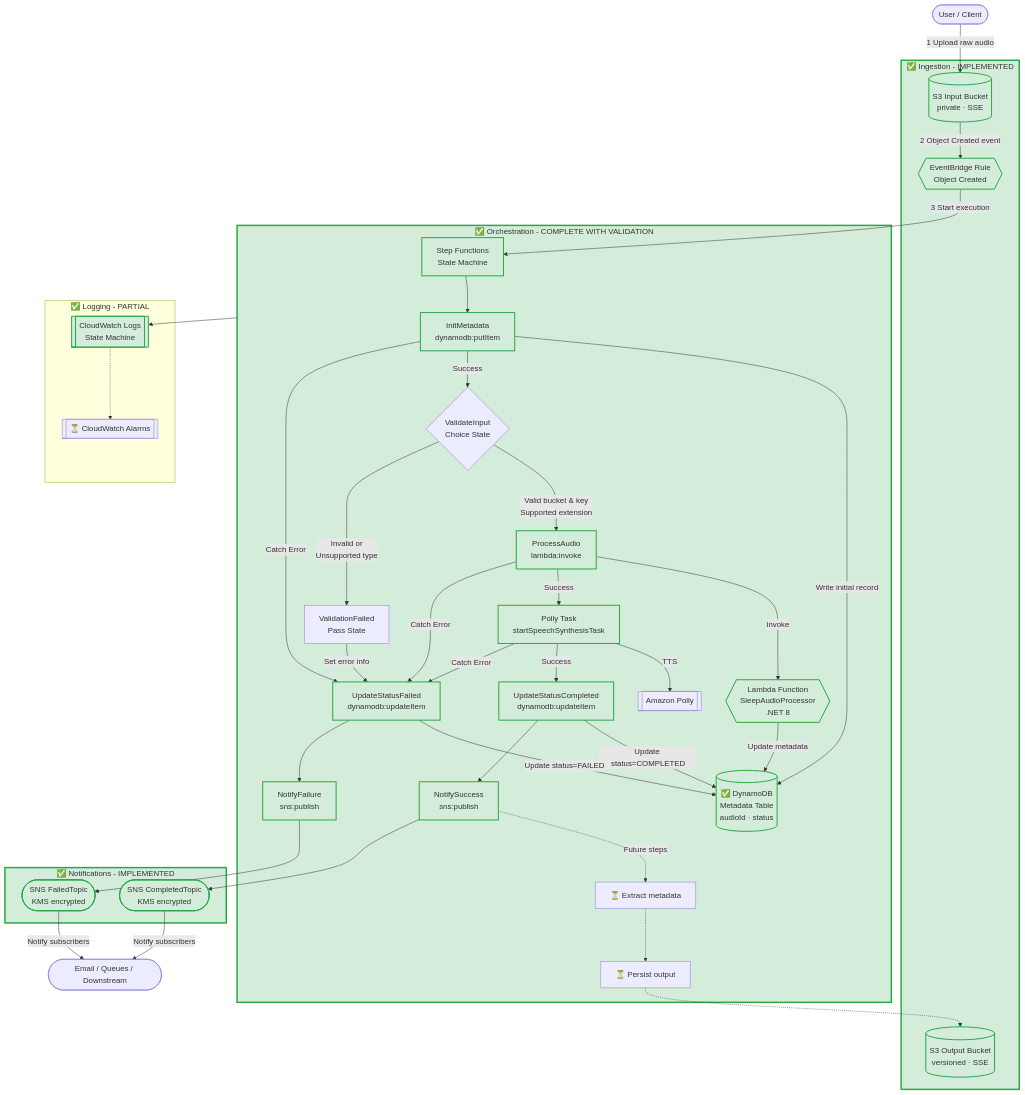
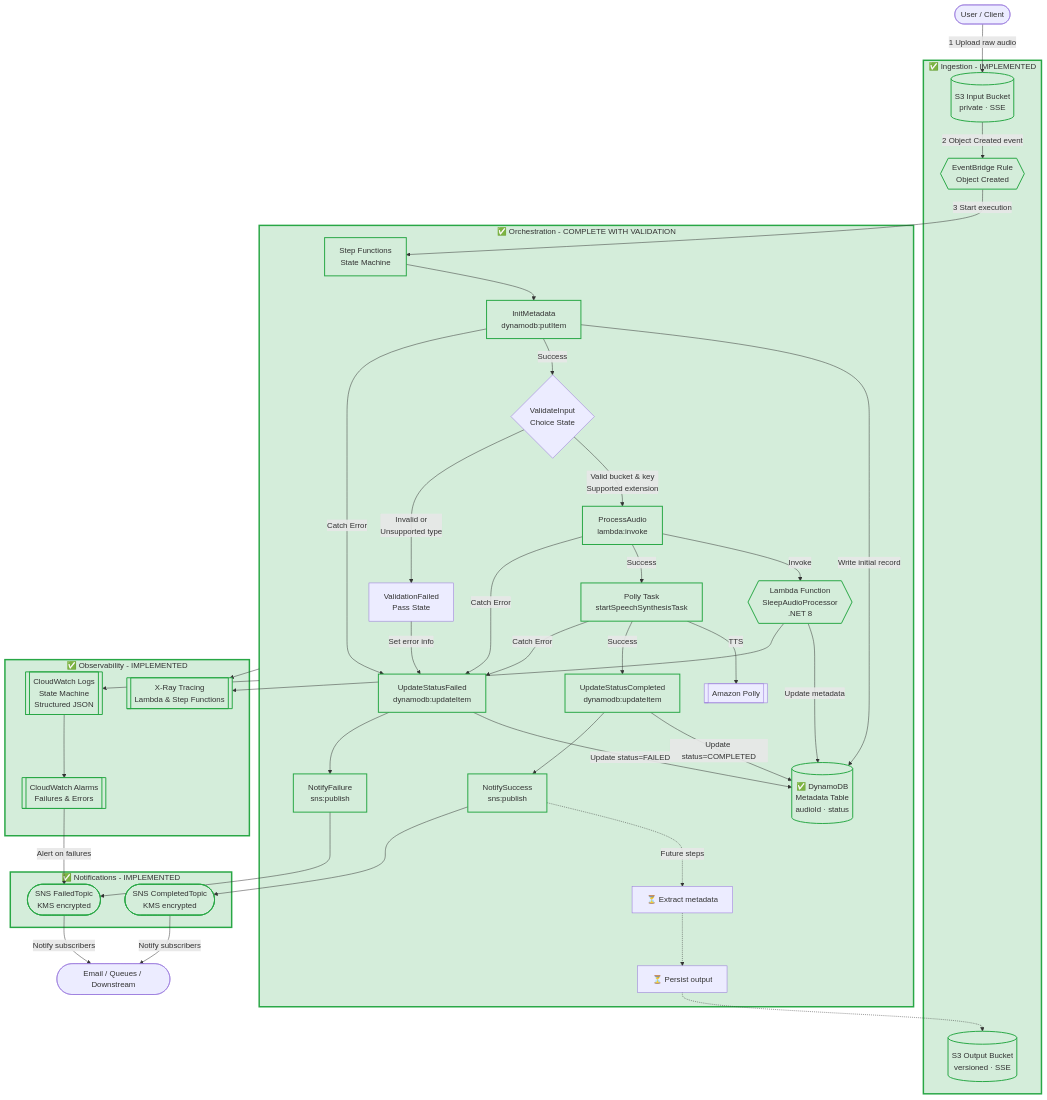
Before and after one commit to obstreperous-ai/cdk-sleep-csharp-copilot: the first of 2 diagrams in ARCHITECTURE.md, drawn with Mermaid. The commit also changed other lines of this file, not shown here.

Commit message:
docs: Update ARCHITECTURE.md for Issue #10 - Error Handling, Retries & Observability

```diff
--- a/ARCHITECTURE.md
+++ b/ARCHITECTURE.md
@@ -459,13 +514,17 @@
     snsCompleted -->|Notify subscribers| subscribers([Email / Queues / Downstream])
     snsFailed -->|Notify subscribers| subscribers
 
-    subgraph observability[✅ Logging - PARTIAL]
-        logs[[CloudWatch Logs<br/>State Machine]]
-        alarms[[⏳ CloudWatch Alarms]]
+    subgraph observability[✅ Observability - IMPLEMENTED]
+        logs[[CloudWatch Logs<br/>State Machine<br/>Structured JSON]]
+        xray[[X-Ray Tracing<br/>Lambda & Step Functions]]
+        alarms[[CloudWatch Alarms<br/>Failures & Errors]]
     end
 
     processing --> logs
-    logs -.-> alarms
+    processing --> xray
+    lambdaFunc --> xray
+    logs --> alarms
+    alarms -->|Alert on failures| snsFailed
 
     style ingestion fill:#d4edda,stroke:#28a745,stroke-width:3px
     style inputBucket fill:#d4edda,stroke:#28a745,stroke-width:2px
@@ -479,6 +538,9 @@
     style pollyTask fill:#d4edda,stroke:#28a745,stroke-width:2px
     style dynamo fill:#d4edda,stroke:#28a745,stroke-width:2px
     style logs fill:#d4edda,stroke:#28a745,stroke-width:2px
+    style xray fill:#d4edda,stroke:#28a745,stroke-width:2px
+    style alarms fill:#d4edda,stroke:#28a745,stroke-width:2px
+    style observability fill:#d4edda,stroke:#28a745,stroke-width:3px
     style updateCompleted fill:#d4edda,stroke:#28a745,stroke-width:2px
     style updateFailed fill:#d4edda,stroke:#28a745,stroke-width:2px
     style notifySuccess fill:#d4edda,stroke:#28a745,stroke-width:2px
```
